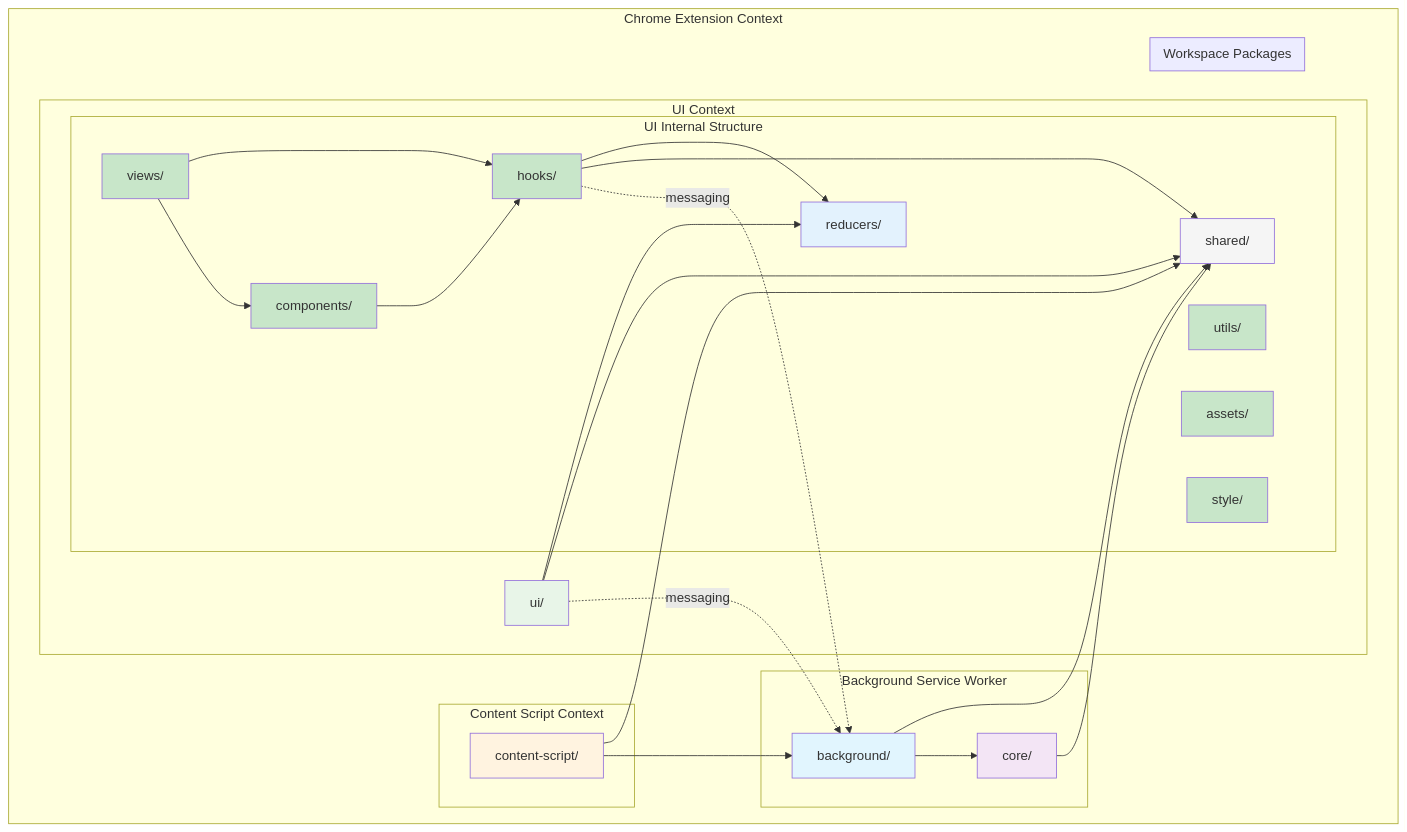
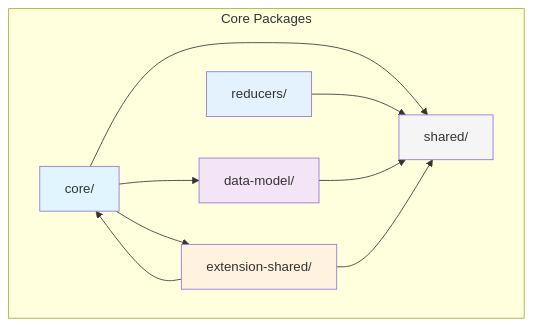
One commit to onflow/FRW-core changed the diagram in docs/architecture-separation.md. Above: the diagram before and after it, drawn with Mermaid. The commit also changed other lines of this file and 13 other files, not shown here.

First line of the commit message:
Update repository to focus on core packages only

````diff
--- a/docs/architecture-separation.md
+++ b/docs/architecture-separation.md
@@ -32,65 +20,32 @@
 ```mermaid
 graph TB
-    subgraph "Chrome Extension Context"
-        subgraph "Background Service Worker"
-            BG[background/]
-            CORE[core/]
-            BG --> CORE
-        end
-
-        subgraph "UI Context"
-            UI[ui/]
-            subgraph "UI Internal Structure"
-                VIEWS[views/]
-                COMPONENTS[components/]
-                HOOKS[hooks/]
-                REDUCERS[hooks use reducers package]
-                UI_UTILS[utils/]
-                ASSETS[assets/]
-                STYLE[style/]
-
-                VIEWS --> COMPONENTS
-                VIEWS --> HOOKS
-                COMPONENTS --> HOOKS
-                HOOKS -.->|messaging| BG
-                HOOKS --> SHARED
-            end
-        end
-
-        subgraph "Content Script Context"
-            CS[content-script/]
-        end
-
-        subgraph "Workspace Packages"
-            SHARED[shared/]
-            REDUCERS[reducers/]
-        end
+    subgraph "Core Packages"
+        SHARED[shared/]
+        CORE[core/]
+        REDUCERS[reducers/]
+        DATAMODEL[data-model/]
+        EXTSHARED[extension-shared/]
     end
 
     %% Dependencies
-    UI -.->|messaging| BG
-    CS --> BG
-    BG --> SHARED
     CORE --> SHARED
-    UI --> SHARED
-    UI --> REDUCERS
-    CS --> SHARED
-    HOOKS --> REDUCERS
+    CORE --> DATAMODEL
+    CORE --> EXTSHARED
+    REDUCERS --> SHARED
+    DATAMODEL --> SHARED
+    EXTSHARED --> SHARED
+    EXTSHARED --> CORE
 
     %% Styling
-    classDef background fill:#e1f5fe
-    classDef core fill:#f3e5f5
-    classDef ui fill:#e8f5e8
-    classDef uiInternal fill:#c8e6c9
-    classDef contentScript fill:#fff3e0
     classDef shared fill:#f5f5f5
+    classDef core fill:#e1f5fe
     classDef reducers fill:#e3f2fd
+    classDef datamodel fill:#f3e5f5
+    classDef extshared fill:#fff3e0
 
-    class BG background
+    class SHARED shared
     class CORE core
-    class UI ui
-    class VIEWS,COMPONENTS,HOOKS,UI_UTILS,ASSETS,STYLE uiInternal
-    class CS contentScript
-    class SHARED shared
     class REDUCERS reducers
+    class DATAMODEL datamodel
+    class EXTSHARED extshared
 ```
````
